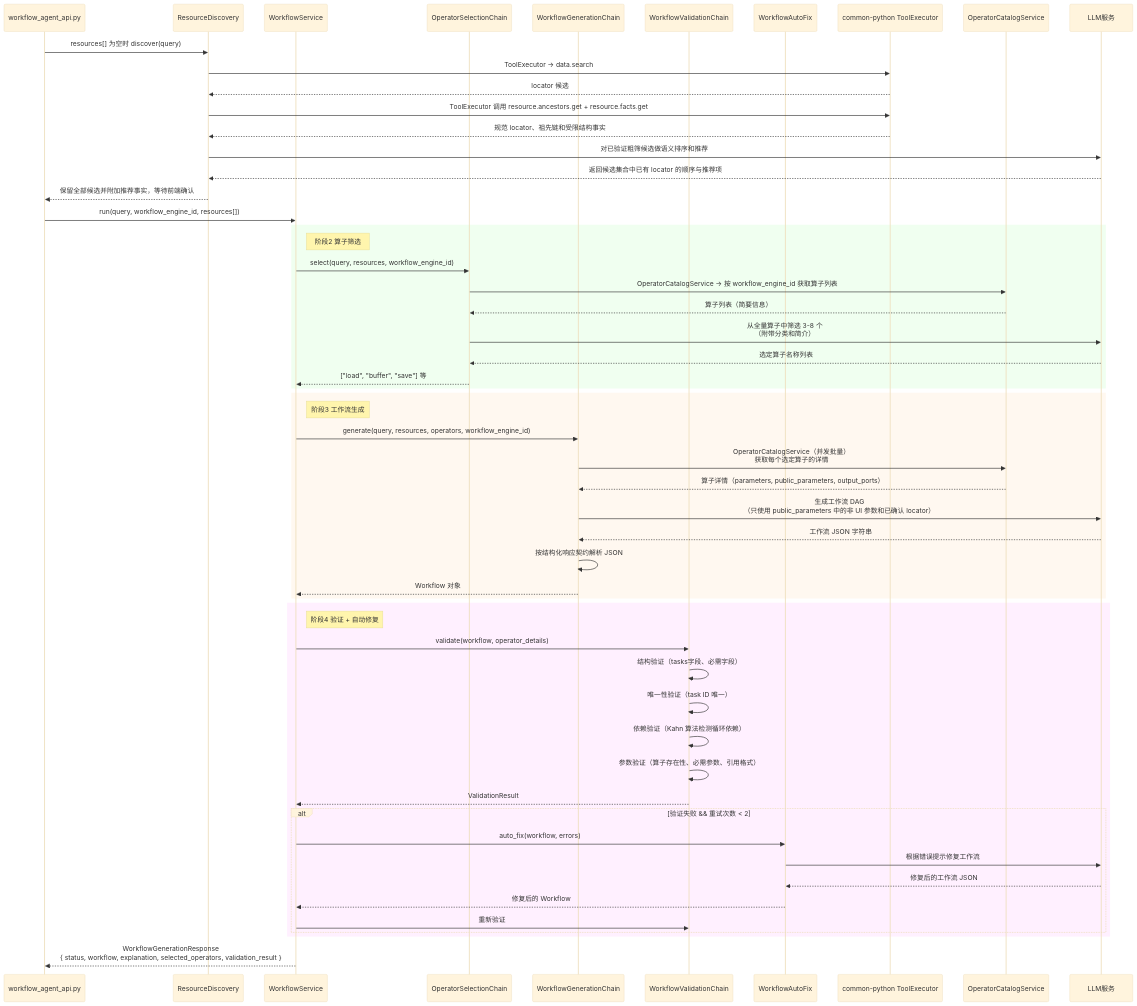
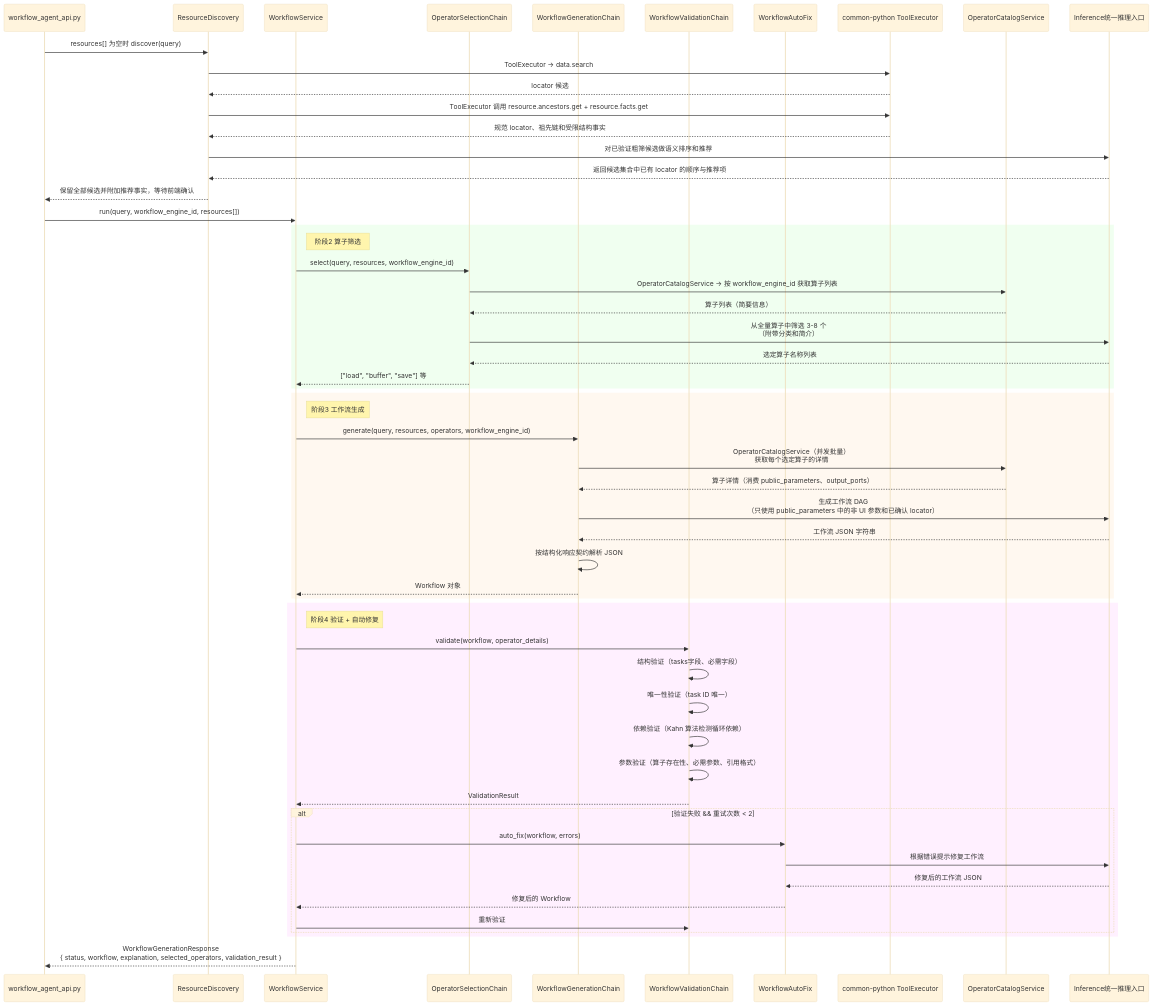
Before and after one commit to pampa0629/addp: the third of 3 diagrams in copilot/docs/copilot-develop-调用关系说明.md, drawn with Mermaid (base theme). The commit also changed other lines of this file and 1 other file, not shown here.

````diff
--- a/copilot/docs/copilot-develop-调用关系说明.md
+++ b/copilot/docs/copilot-develop-调用关系说明.md
@@ -157,64 +163,64 @@
 ```mermaid
 sequenceDiagram
     participant API as workflow_agent_api.py
     participant Discovery as ResourceDiscovery
     participant WorkflowService
     participant Sel as OperatorSelectionChain
     participant Gen as WorkflowGenerationChain
     participant Val as WorkflowValidationChain
     participant Fix as WorkflowAutoFix
     participant Executor as common-python ToolExecutor
     participant Catalog as OperatorCatalogService
-    participant LLM as LLM服务
+    participant LLM as Inference统一推理入口
 
     API->>Discovery: resources[] 为空时 discover(query)
     Discovery->>Executor: ToolExecutor → data.search
     Executor-->>Discovery: locator 候选
     Discovery->>Executor: ToolExecutor 调用 resource.ancestors.get + resource.facts.get
     Executor-->>Discovery: 规范 locator、祖先链和受限结构事实
     Discovery->>LLM: 对已验证粗筛候选做语义排序和推荐
     LLM-->>Discovery: 返回候选集合中已有 locator 的顺序与推荐项
     Discovery-->>API: 保留全部候选并附加推荐事实，等待前端确认
     API->>WorkflowService: run(query, workflow_engine_id, resources[])
 
     rect rgb(240,255,240)
         note right of WorkflowService: 阶段2 算子筛选
         WorkflowService->>Sel: select(query, resources, workflow_engine_id)
         Sel->>Catalog: OperatorCatalogService → 按 workflow_engine_id 获取算子列表
         Catalog-->>Sel: 算子列表（简要信息）
         Sel->>LLM: 从全量算子中筛选 3-8 个<br/>（附带分类和简介）
         LLM-->>Sel: 选定算子名称列表
         Sel-->>WorkflowService: ["load", "buffer", "save"] 等
     end
 
     rect rgb(255,248,240)
         note right of WorkflowService: 阶段3 工作流生成
         WorkflowService->>Gen: generate(query, resources, operators, workflow_engine_id)
         Gen->>Catalog: OperatorCatalogService（并发批量）<br/>获取每个选定算子的详情
-        Catalog-->>Gen: 算子详情（parameters, public_parameters, output_ports）
+        Catalog-->>Gen: 算子详情（消费 public_parameters、output_ports）
         Gen->>LLM: 生成工作流 DAG<br/>（只使用 public_parameters 中的非 UI 参数和已确认 locator）
         LLM-->>Gen: 工作流 JSON 字符串
         Gen->>Gen: 按结构化响应契约解析 JSON
         Gen-->>WorkflowService: Workflow 对象
     end
 
     rect rgb(255,240,255)
         note right of WorkflowService: 阶段4 验证 + 自动修复
         WorkflowService->>Val: validate(workflow, operator_details)
         Val->>Val: 结构验证（tasks字段、必需字段）
         Val->>Val: 唯一性验证（task ID 唯一）
         Val->>Val: 依赖验证（Kahn 算法检测循环依赖）
         Val->>Val: 参数验证（算子存在性、必需参数、引用格式）
         Val-->>WorkflowService: ValidationResult
 
         alt 验证失败 && 重试次数 < 2
             WorkflowService->>Fix: auto_fix(workflow, errors)
             Fix->>LLM: 根据错误提示修复工作流
             LLM-->>Fix: 修复后的工作流 JSON
             Fix-->>WorkflowService: 修复后的 Workflow
             WorkflowService->>Val: 重新验证
         end
     end
 
     WorkflowService-->>API: WorkflowGenerationResponse<br/>{ status, workflow, explanation, selected_operators, validation_result }
 ```
````
